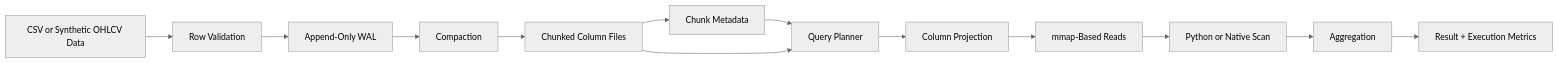
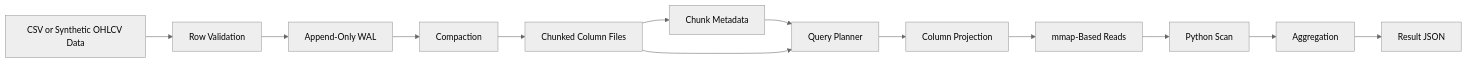
One commit to pitaleabhishek/tickdb changed the first of 2 diagrams in docs/architecture.md. Above: the diagram before and after it, drawn with Mermaid (neutral theme). The commit also changed other lines of this file and 11 other files, not shown here.

````diff
--- a/docs/architecture.md
+++ b/docs/architecture.md
@@ -5,15 +5,15 @@
 ```mermaid
 flowchart LR
     A[CSV or Synthetic OHLCV Data] --> B[Row Validation]
     B --> C[Append-Only WAL]
     C --> D[Compaction]
     D --> E[Chunked Column Files]
     E --> F[Chunk Metadata]
     F --> G[Query Planner]
     E --> G
     G --> H[Column Projection]
     H --> I[mmap-Based Reads]
-    I --> J[Python or Native Scan]
+    I --> J[Python Scan]
     J --> K[Aggregation]
-    K --> L[Result + Execution Metrics]
+    K --> L[Result JSON]
 ```
````
